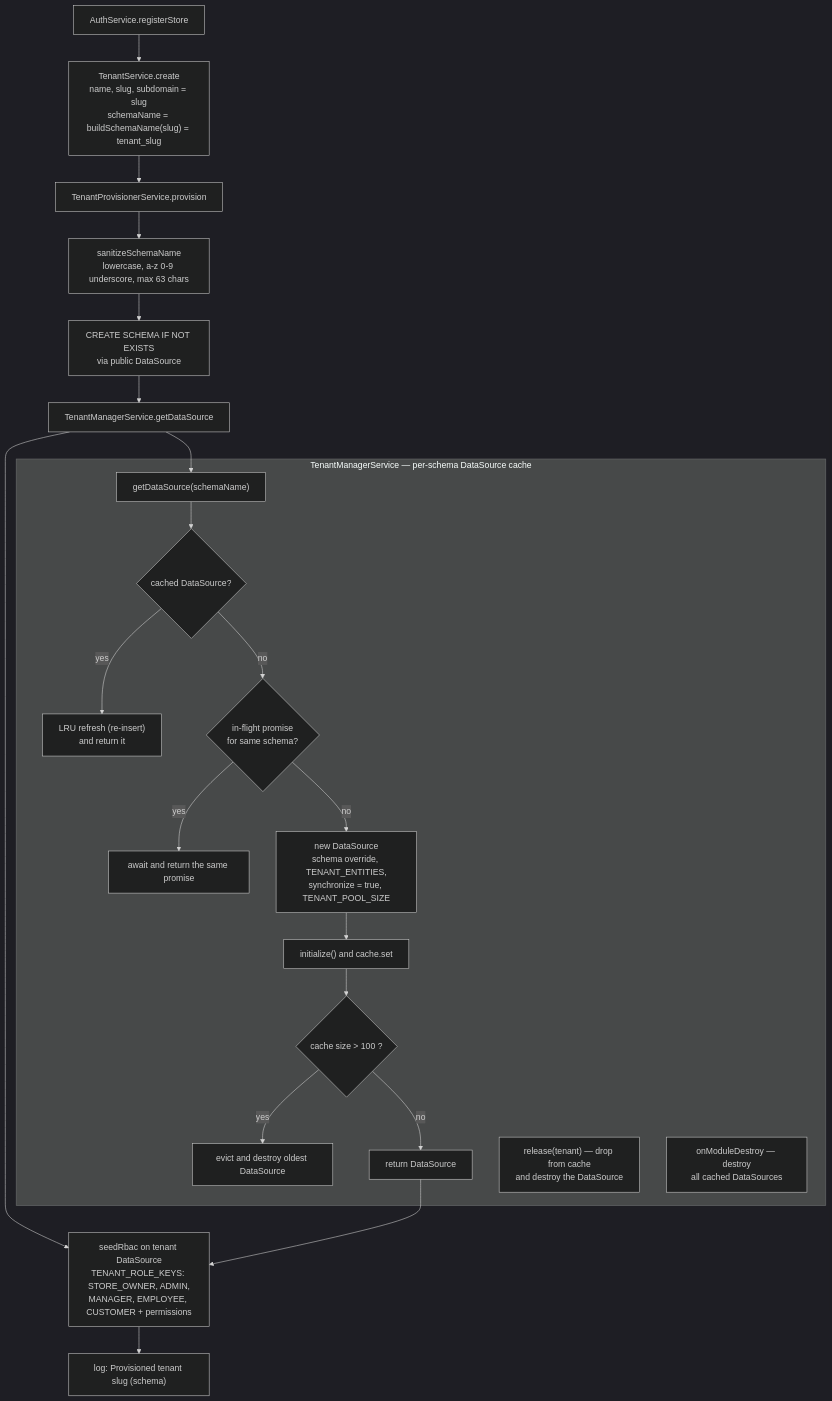
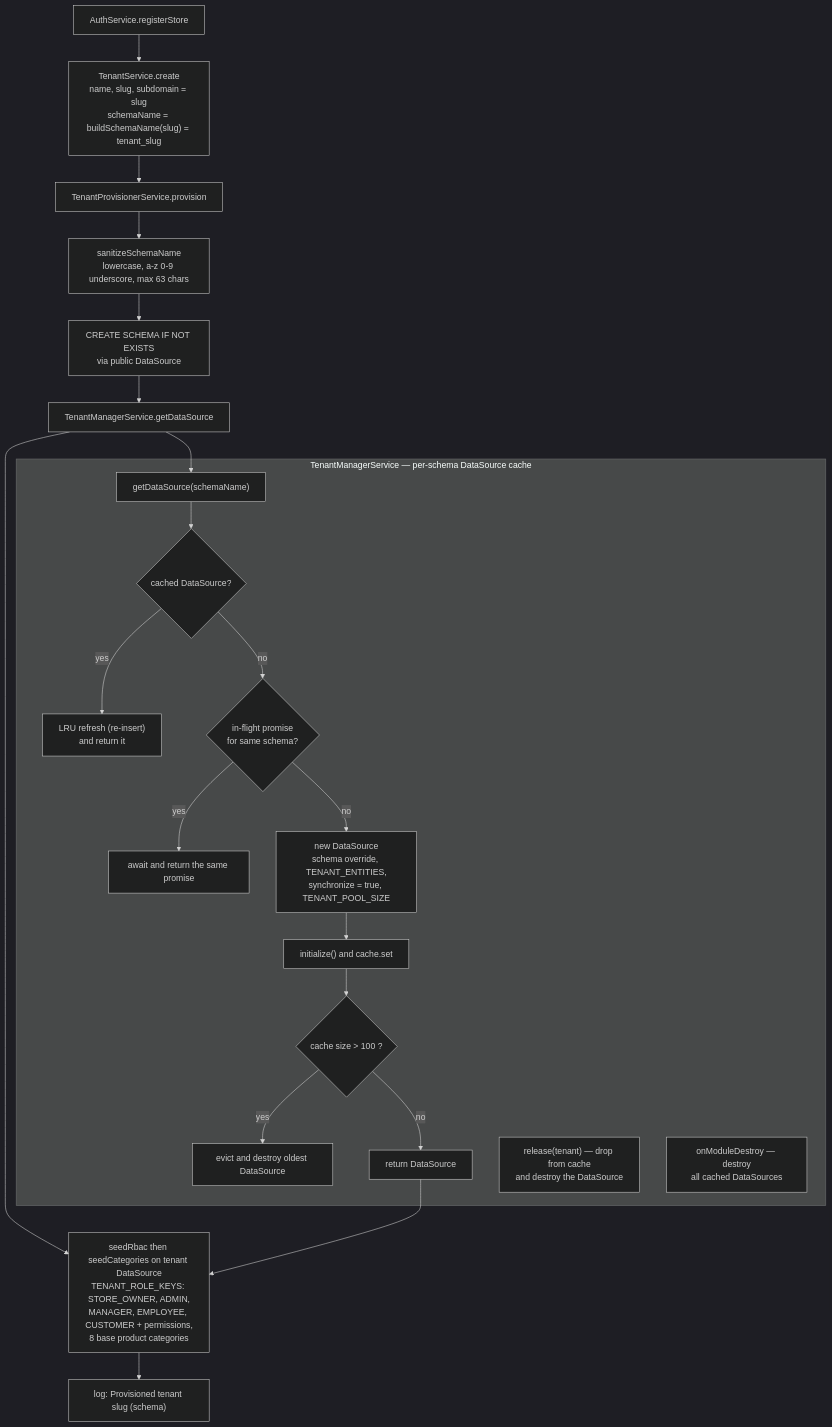
The second of 3 diagrams in src/modules/tenants/workflow.md (DevBassel/saas_commerce), drawn with Mermaid (dark theme) before and after one commit. The commit also changed 67 other files, not shown here.

````diff
--- a/src/modules/tenants/workflow.md
+++ b/src/modules/tenants/workflow.md
@@ -21,27 +21,27 @@
 ```mermaid
 flowchart TD
     REG["AuthService.registerStore"] --> TC["TenantService.create<br/>name, slug, subdomain = slug<br/>schemaName = buildSchemaName(slug) = tenant_slug"]
     TC --> PROV["TenantProvisionerService.provision"]
     PROV --> SAN["sanitizeSchemaName<br/>lowercase, a-z 0-9 underscore, max 63 chars"]
     SAN --> DDL["CREATE SCHEMA IF NOT EXISTS<br/>via public DataSource"]
     DDL --> GDS["TenantManagerService.getDataSource"]
-    GDS --> SEED["seedRbac on tenant DataSource<br/>TENANT_ROLE_KEYS: STORE_OWNER, ADMIN,<br/>MANAGER, EMPLOYEE, CUSTOMER + permissions"]
+    GDS --> SEED["seedRbac then seedCategories on tenant DataSource<br/>TENANT_ROLE_KEYS: STORE_OWNER, ADMIN,<br/>MANAGER, EMPLOYEE, CUSTOMER + permissions,<br/>8 base product categories"]
     SEED --> DONE["log: Provisioned tenant slug (schema)"]
 
     subgraph MGR["TenantManagerService — per-schema DataSource cache"]
         GA["getDataSource(schemaName)"] --> CH{"cached DataSource?"}
         CH -->|"yes"| REFRESH["LRU refresh (re-insert)<br/>and return it"]
         CH -->|"no"| INF{"in-flight promise<br/>for same schema?"}
         INF -->|"yes"| WAIT["await and return the same promise"]
         INF -->|"no"| NEW["new DataSource<br/>schema override, TENANT_ENTITIES,<br/>synchronize = true, TENANT_POOL_SIZE"]
         NEW --> INIT["initialize() and cache.set"]
         INIT --> EVICT{"cache size > 100 ?"}
         EVICT -->|"yes"| EVD["evict and destroy oldest DataSource"]
         EVICT -->|"no"| RET["return DataSource"]
         REL["release(tenant) — drop from cache<br/>and destroy the DataSource"]
         DEST["onModuleDestroy — destroy<br/>all cached DataSources"]
     end
 
     GDS --> GA
     RET --> SEED
 ```
````
